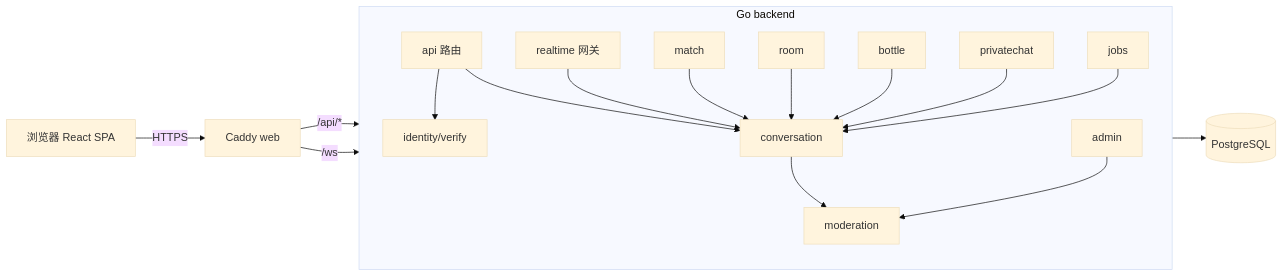
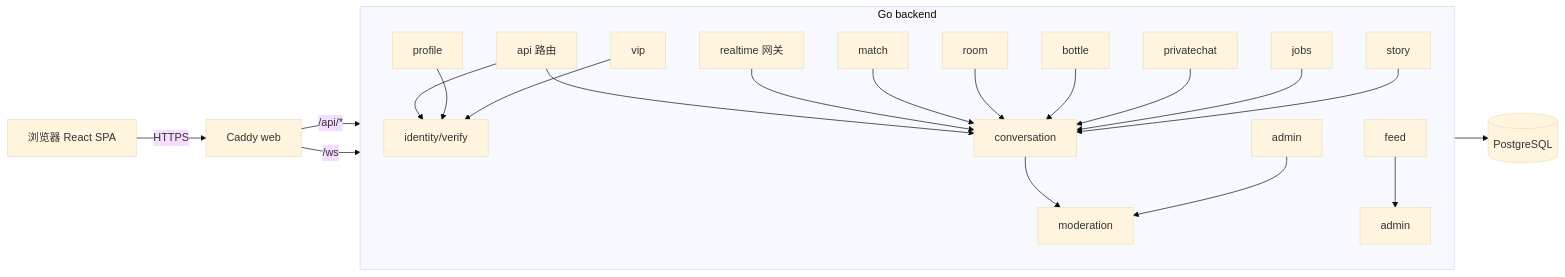
Before and after one commit to zcw199604/AnonChat: the diagram in helloagents/main/wiki/overview.md, drawn with Mermaid (base theme). The commit also changed other lines of this file and 167 other files, not shown here.

````diff
--- a/helloagents/main/wiki/overview.md
+++ b/helloagents/main/wiki/overview.md
@@ -7,19 +7,23 @@
 ```mermaid
 flowchart LR
     B[浏览器 React SPA] -- HTTPS --> C[Caddy web]
     C -- /api/* --> S[Go backend]
     C -- /ws --> S
     subgraph S[Go backend]
       API[api 路由] --> ID[identity/verify]
       API --> CONV[conversation]
       WS[realtime 网关] --> CONV
       CONV --> MOD[moderation]
       MATCH[match] --> CONV
       ROOM[room] --> CONV
       BOT[bottle] --> CONV
       PRIV[privatechat] --> CONV
       ADM[admin] --> MOD
       JOBS[jobs] --> CONV
+      PROF[profile] --> ID
+      VIP[vip] --> ID
+      FEED[feed] --> ADMIN[admin]
+      STORY[story] --> CONV
     end
     S --> PG[(PostgreSQL)]
 ```
````
